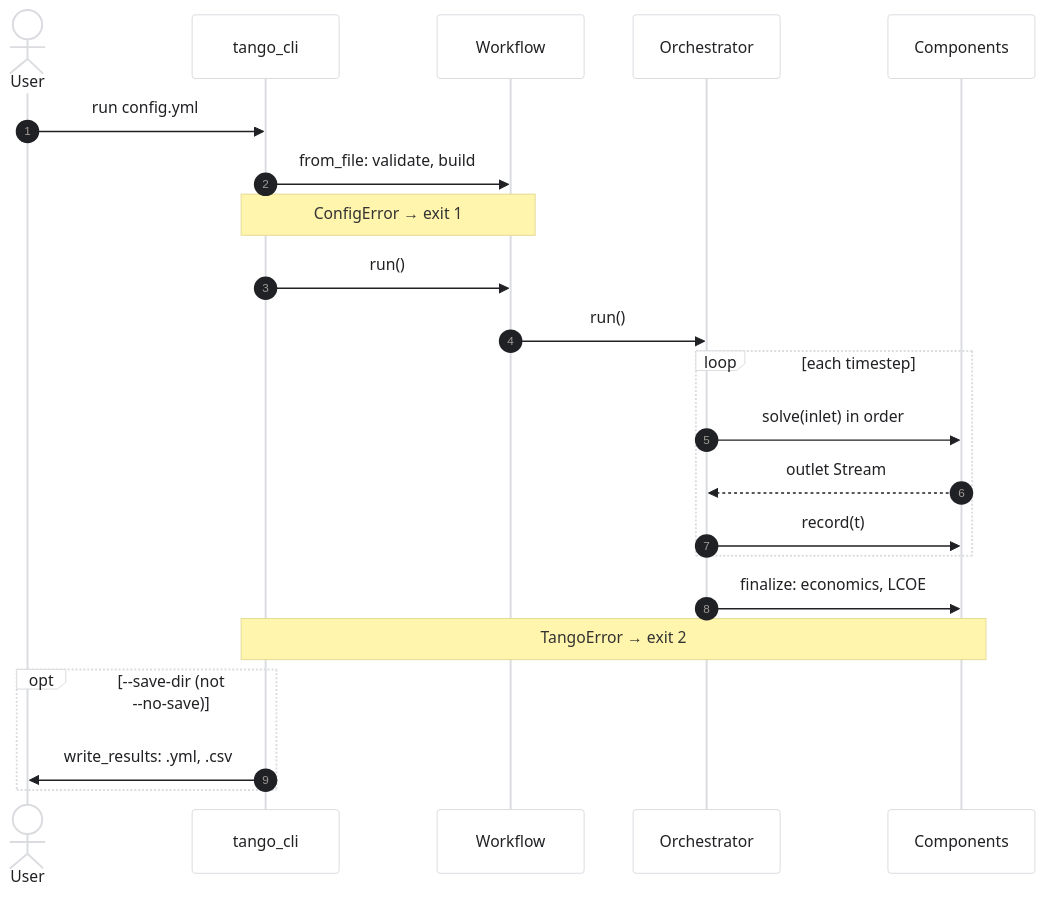
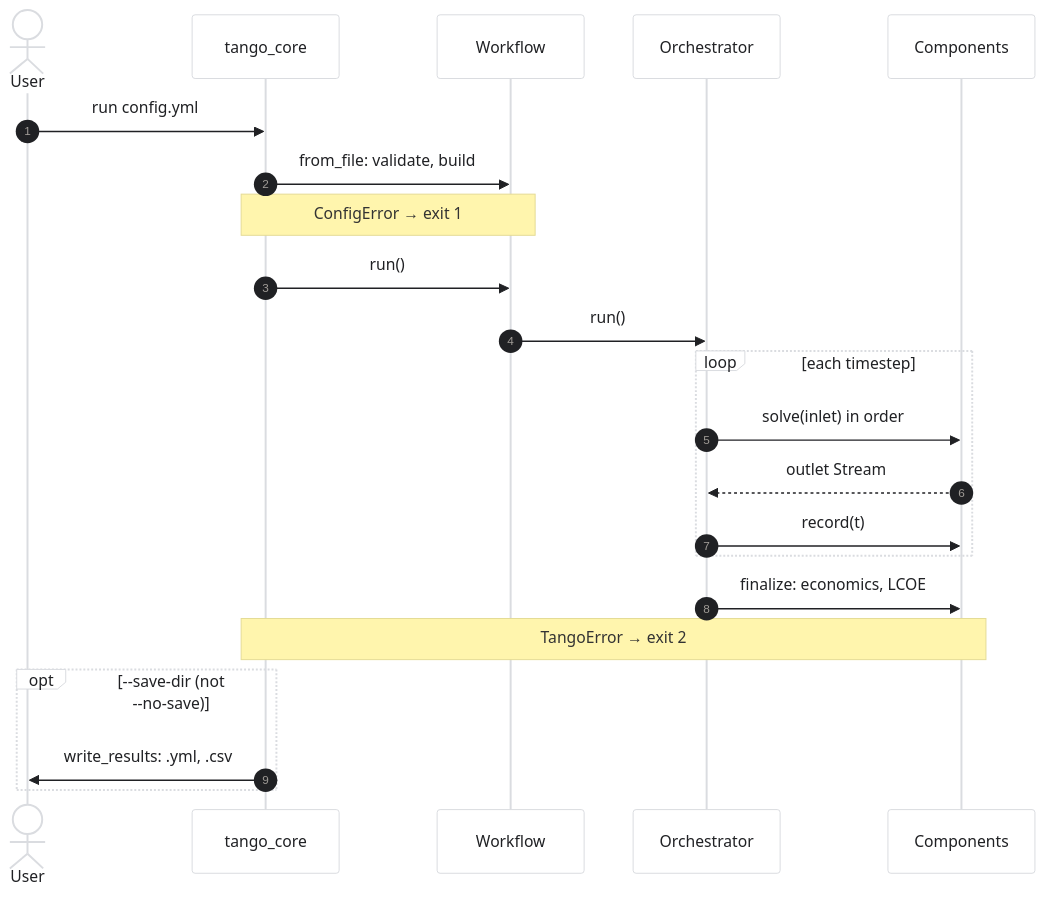
One commit to GEG-ETHZ/TANGO-core changed the diagram in docs/runtime/one-run.md. Above: the diagram before and after it, drawn with Mermaid. The commit also changed other lines of this file and 331 other files, not shown here.

First line of the commit message:
Open-source release: Apache-2.0, tango_core, and PyPI publishing for 1.1.0 (#126)

````diff
--- a/docs/runtime/one-run.md
+++ b/docs/runtime/one-run.md
@@ -5,26 +5,26 @@
 ```mermaid
 %%{init: {"theme":"base","themeVariables":{"primaryColor":"#FFFFFF","primaryTextColor":"#202124","primaryBorderColor":"#DADCE0","lineColor":"#5F6368","secondaryColor":"#F8F9FA","tertiaryColor":"#F8F9FA","clusterBkg":"#F8F9FA","clusterBorder":"#DADCE0","edgeLabelBackground":"#FFFFFF"},"flowchart":{"curve":"basis","nodeSpacing":40,"rankSpacing":64,"useMaxWidth":true}} }%%
 sequenceDiagram
   autonumber
   actor U as User
-  participant CLI as tango_cli
+  participant CLI as tango_core
   participant WF as Workflow
   participant OR as Orchestrator
   participant C as Components
 
   U->>CLI: run config.yml
   CLI->>WF: from_file: validate, build
   Note over CLI,WF: ConfigError → exit 1
   CLI->>WF: run()
   WF->>OR: run()
   loop each timestep
     OR->>C: solve(inlet) in order
     C-->>OR: outlet Stream
     OR->>C: record(t)
   end
   OR->>C: finalize: economics, LCOE
   Note over CLI,C: TangoError → exit 2
   opt --save-dir (not --no-save)
     CLI->>U: write_results: .yml, .csv
   end
 ```
````
